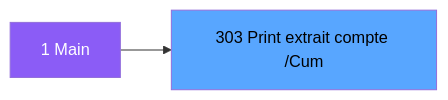
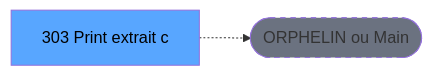
The second of 3 diagrams in .openspec/specs/ADH-IDE-303.md (thonyAGP/lecteur-magic), drawn with Mermaid before and after one commit. The commit also changed other lines of this file and 701 other files, not shown here.

````diff
--- a/.openspec/specs/ADH-IDE-303.md
+++ b/.openspec/specs/ADH-IDE-303.md
@@ -117,8 +120,8 @@
 ```mermaid
 graph LR
-    M[1 Main]
-    T[303 Print extrait compte /Cum]
-    M --> T
-    style M fill:#8b5cf6,color:#fff
+    T[303 Print extrait c]
+    ORPHAN([ORPHELIN ou Main])
+    T -.-> ORPHAN
     style T fill:#58a6ff,color:#000
+    style ORPHAN fill:#6b7280,stroke-dasharray: 5 5
 ```
````
